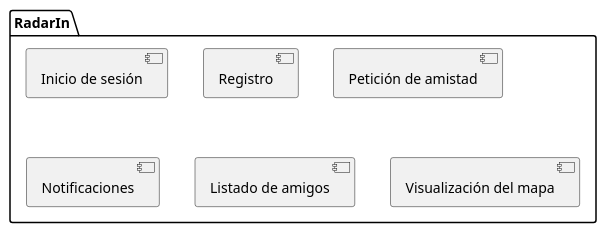
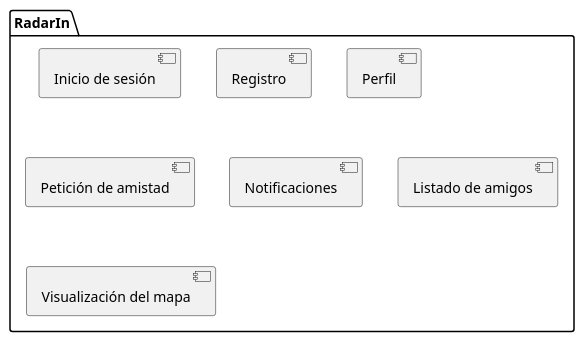
Before and after one commit to UO264862/radarin_es2b: the second of 3 diagrams in webapp/docs/05_building_block_view.adoc, drawn with PlantUML. The commit also changed other lines of this file, not shown here.

```diff
--- a/webapp/docs/05_building_block_view.adoc
+++ b/webapp/docs/05_building_block_view.adoc
@@ -47,11 +47,12 @@
 [plantuml, building_block_view2, svg]
 ----
 package "RadarIn" {
    [Inicio de sesión]
    [Registro]
+   [Perfil]
    [Petición de amistad]
    [Notificaciones]
    [Listado de amigos]
    [Visualización del mapa]
 }
 ----
```
